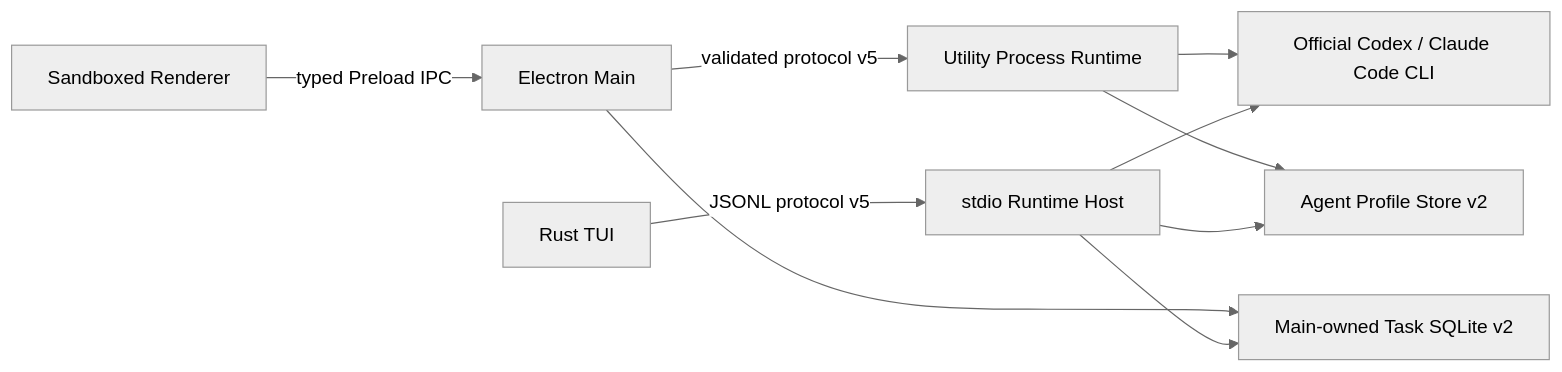
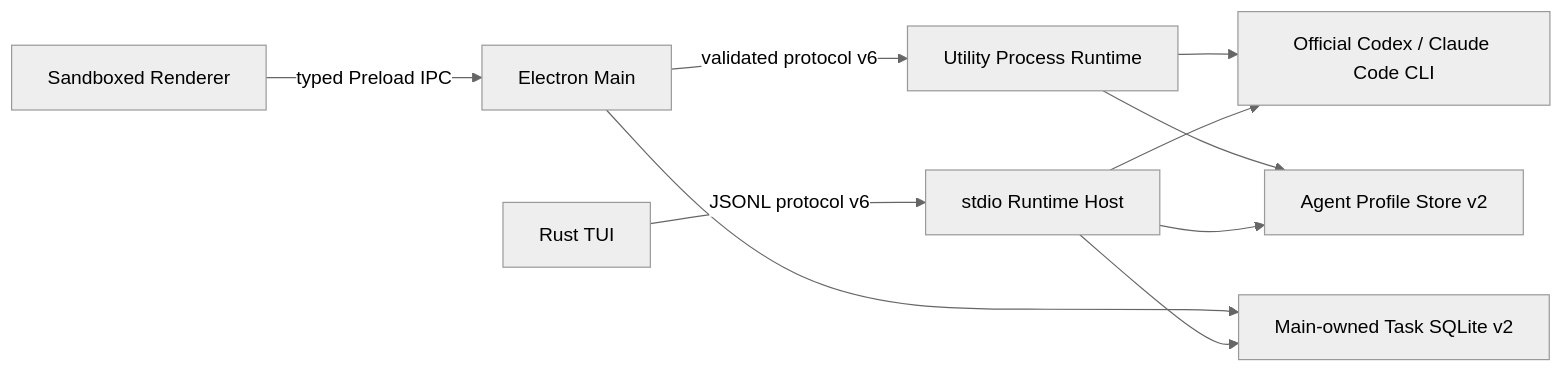
One commit to spencer17x/rux changed the first of 2 diagrams in docs/desktop-architecture.md. Above: the diagram before and after it, drawn with Mermaid (neutral theme). The commit also changed other lines of this file and 39 other files, not shown here.

Commit message:
Implement agent session management and context handoff flows

````diff
--- a/docs/desktop-architecture.md
+++ b/docs/desktop-architecture.md
@@ -10,12 +10,12 @@
 ```mermaid
 flowchart LR
   UI["Sandboxed Renderer"] -->|"typed Preload IPC"| Main["Electron Main"]
-  Main -->|"validated protocol v5"| Runtime["Utility Process Runtime"]
-  TUI["Rust TUI"] -->|"JSONL protocol v5"| Host["stdio Runtime Host"]
+  Main -->|"validated protocol v6"| Runtime["Utility Process Runtime"]
+  TUI["Rust TUI"] -->|"JSONL protocol v6"| Host["stdio Runtime Host"]
   Runtime --> CLI["Official Codex / Claude Code CLI"]
   Host --> CLI
   Main --> Tasks["Main-owned Task SQLite v2"]
   Runtime --> Profiles["Agent Profile Store v2"]
   Host --> Profiles
   Host --> Tasks
 ```
````
